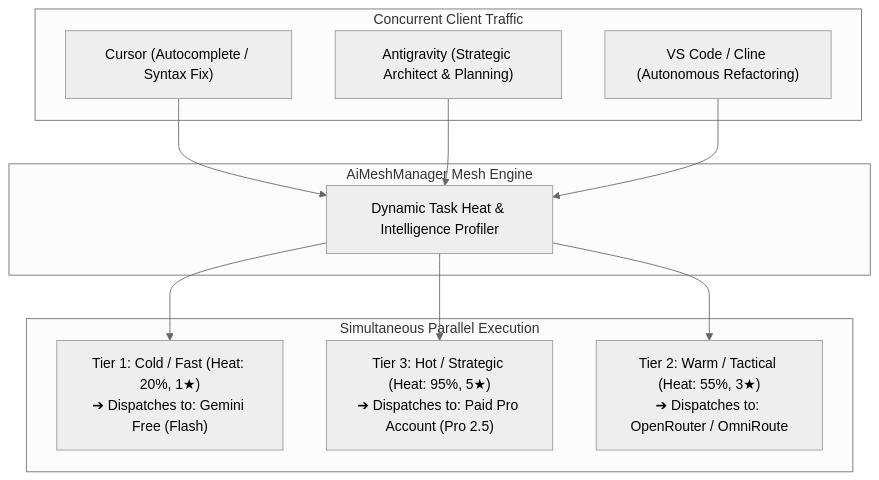
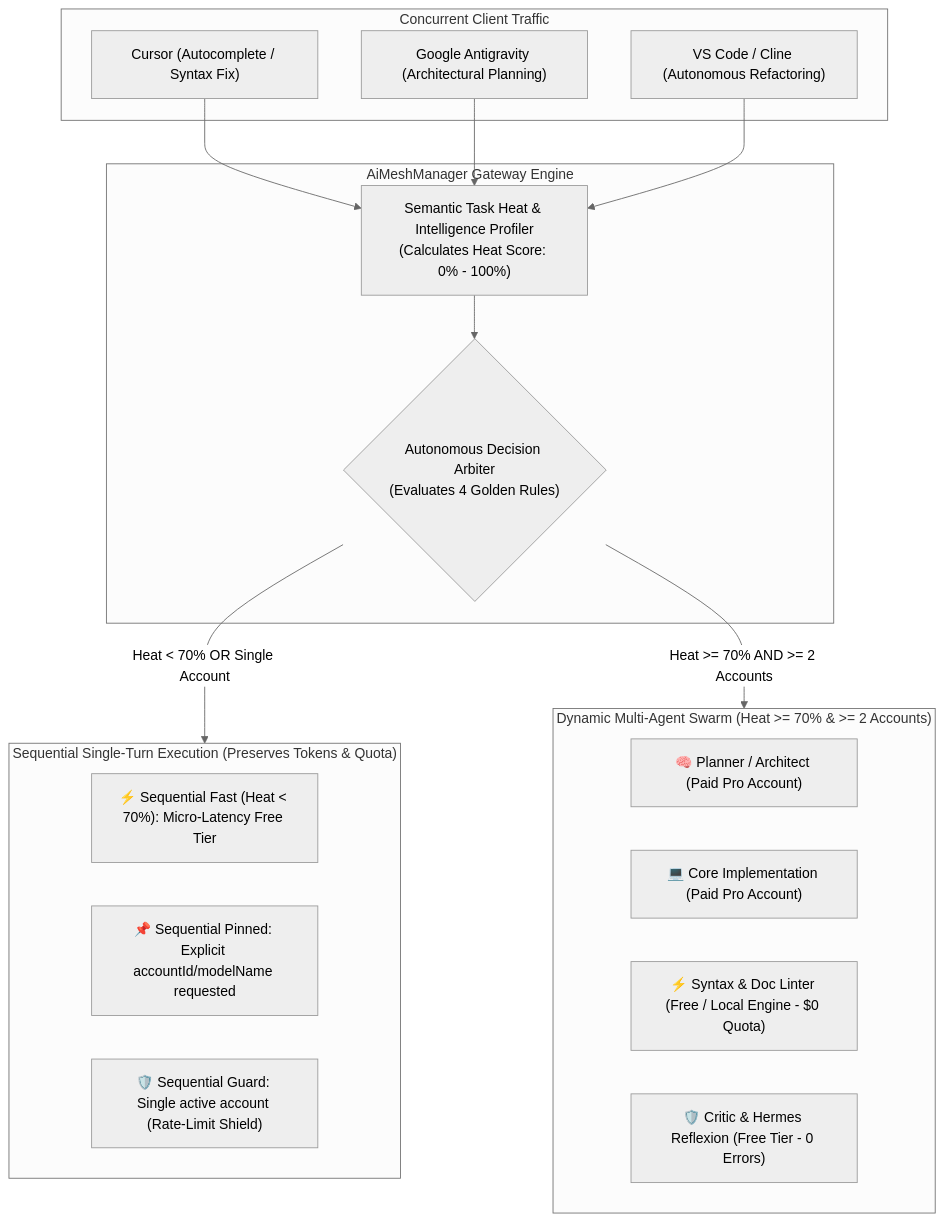
One commit to ommedical/AiMeshManager changed the first of 3 diagrams in README.md. Above: the diagram before and after it, drawn with Mermaid (neutral theme). The commit also changed other lines of this file and 1 other file, not shown here.

Commit message:
docs: update README with autonomous execution arbiter, token/error tuning, and live graphical topology canvas

````diff
--- a/README.md
+++ b/README.md
@@ -373,26 +381,34 @@
 ```mermaid
 flowchart TD
     subgraph Clients["Concurrent Client Traffic"]
         C1["Cursor (Autocomplete / Syntax Fix)"]
-        C2["Antigravity (Strategic Architect & Planning)"]
+        C2["Google Antigravity (Architectural Planning)"]
         C3["VS Code / Cline (Autonomous Refactoring)"]
     end
 
-    subgraph Gateway["AiMeshManager Mesh Engine"]
-        Router["Dynamic Task Heat & Intelligence Profiler"]
+    subgraph Gateway["AiMeshManager Gateway Engine"]
+        Heat["Semantic Task Heat & Intelligence Profiler<br/>(Calculates Heat Score: 0% - 100%)"]
+        Arbiter{"Autonomous Decision Arbiter<br/>(Evaluates 4 Golden Rules)"}
     end
 
-    subgraph Dispatches["Simultaneous Parallel Execution"]
-        D1["Tier 1: Cold / Fast (Heat: 20%, 1★)<br/>➔ Dispatches to: Gemini Free (Flash)"]
-        D2["Tier 3: Hot / Strategic (Heat: 95%, 5★)<br/>➔ Dispatches to: Paid Pro Account (Pro 2.5)"]
-        D3["Tier 2: Warm / Tactical (Heat: 55%, 3★)<br/>➔ Dispatches to: OpenRouter / OmniRoute"]
+    subgraph SequentialPath["Sequential Single-Turn Execution (Preserves Tokens & Quota)"]
+        S1["⚡ Sequential Fast (Heat < 70%): Micro-Latency Free Tier"]
+        S2["📌 Sequential Pinned: Explicit accountId/modelName requested"]
+        S3["🛡️ Sequential Guard: Single active account (Rate-Limit Shield)"]
     end
 
-    C1 --> Router
-    C2 --> Router
-    C3 --> Router
+    subgraph SwarmPath["Dynamic Multi-Agent Swarm (Heat >= 70% & >= 2 Accounts)"]
+        A1["🧠 Planner / Architect (Paid Pro Account)"]
+        A2["💻 Core Implementation (Paid Pro Account)"]
+        A3["⚡ Syntax & Doc Linter (Free / Local Engine - $0 Quota)"]
+        A4["🛡️ Critic & Hermes Reflexion (Free Tier - 0 Errors)"]
+    end
 
-    Router --> D1
-    Router --> D2
-    Router --> D3
+    C1 --> Heat
+    C2 --> Heat
+    C3 --> Heat
+    Heat --> Arbiter
+
+    Arbiter -- "Heat < 70% OR Single Account" --> SequentialPath
+    Arbiter -- "Heat >= 70% AND >= 2 Accounts" --> SwarmPath
 ```
````
